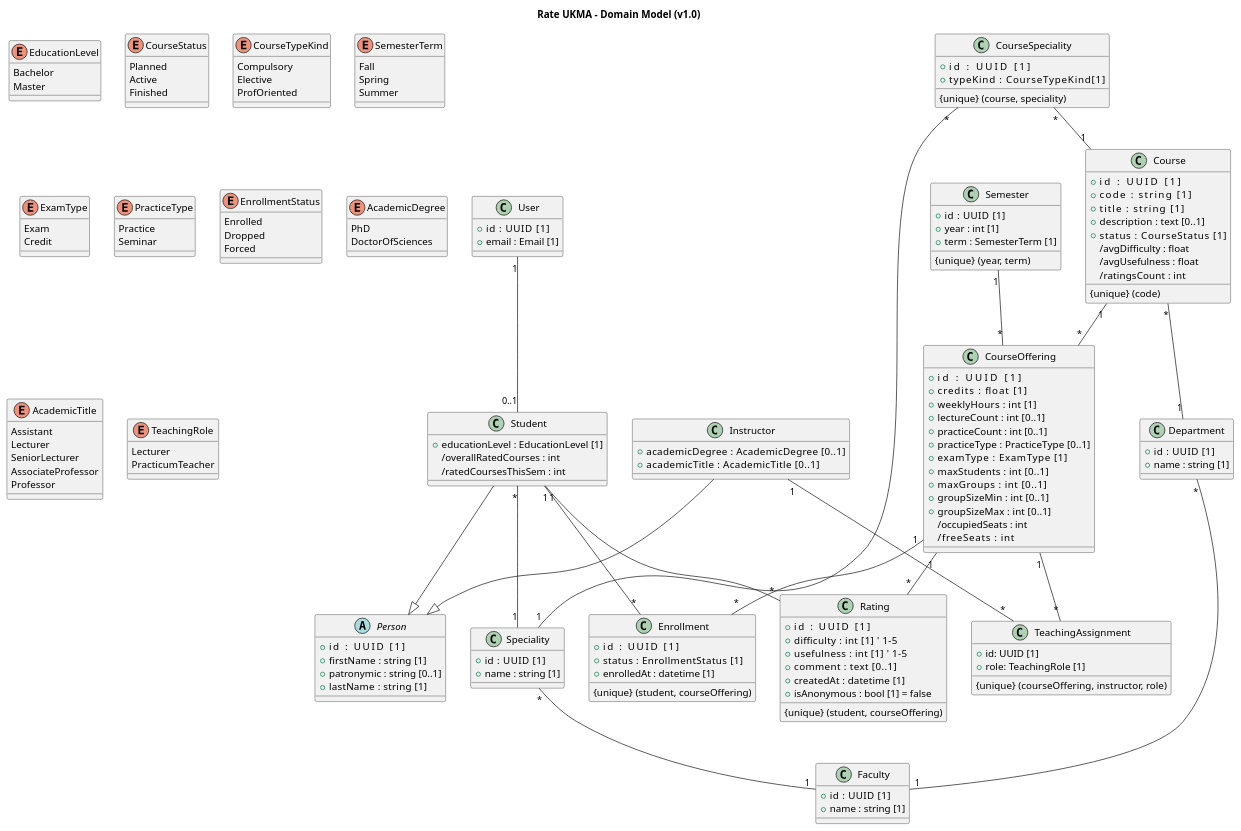
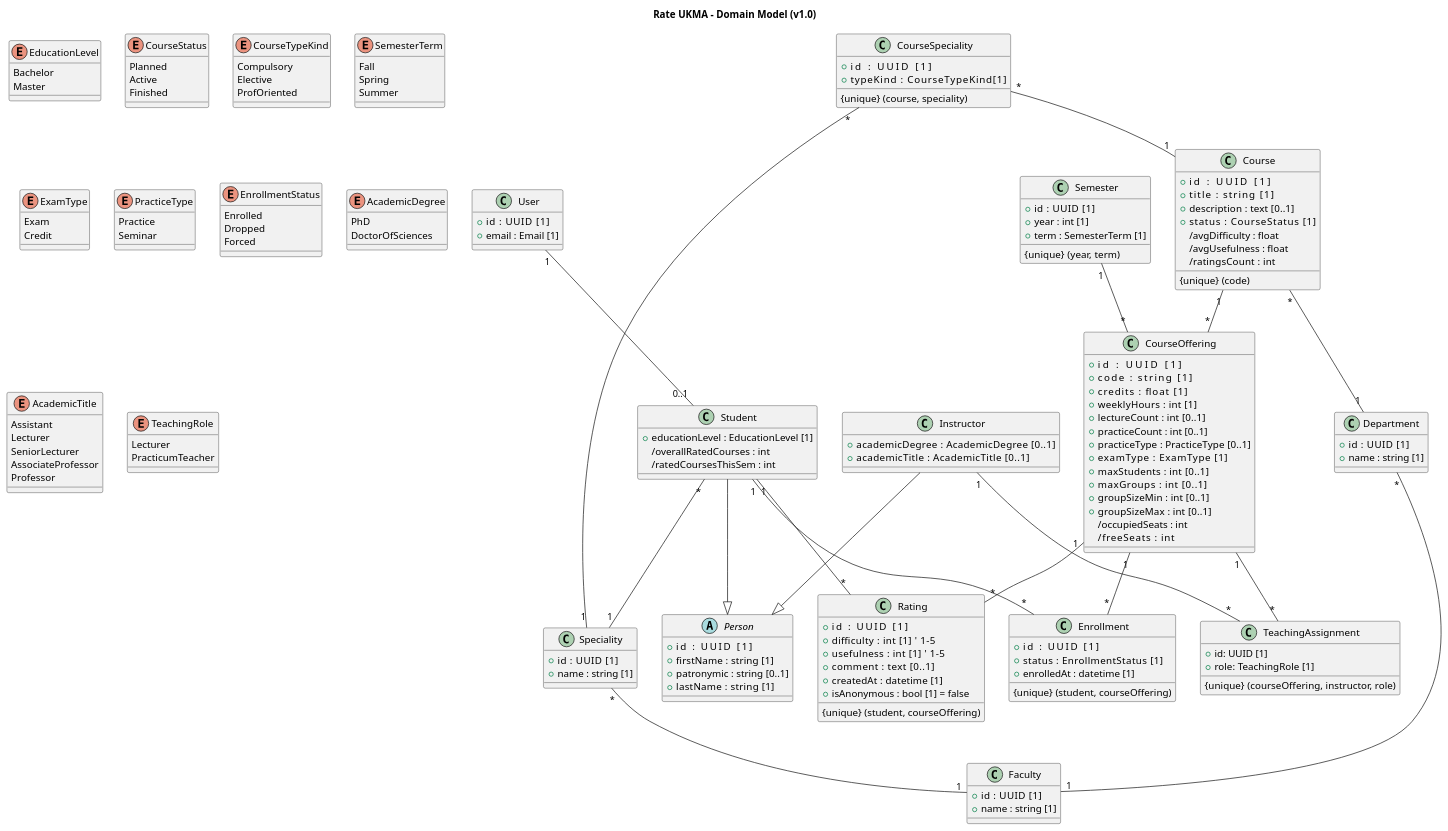
The diagram in docs/architecture/uml/domain-model.puml (ukma-cs-ssdm-2025/rate-ukma), drawn with PlantUML before and after one commit.

Commit message:
docs(#86): move university code to CourseOffering

```diff
--- a/docs/architecture/uml/domain-model.puml
+++ b/docs/architecture/uml/domain-model.puml
@@ -1,181 +1,181 @@
 @startuml core-domain-model
 title Rate UKMA – Domain Model (v1.0)
 
 class User {
   +id    : UUID [1]
   +email : Email [1]
 }
 
 abstract class Person {
   +id         : UUID [1]
   +firstName  : string [1]
   +patronymic : string [0..1]
   +lastName   : string [1]
 }
 
 class Student {
   +educationLevel : EducationLevel [1]
   /overallRatedCourses : int
   /ratedCoursesThisSem : int
 }
 User "1" -- "0..1" Student
 Student "*" -- "1" Speciality
 Student --|> Person
 
 class Instructor {
   +academicDegree     : AcademicDegree [0..1]
   +academicTitle      : AcademicTitle [0..1]
 }
 Instructor --|> Person
 
 class Faculty {
   +id   : UUID [1]
   +name : string [1]
 }
 
 class Department {
   +id   : UUID [1]
   +name : string [1]
 }
 Department "*" -- "1" Faculty
 
 class Speciality {
   +id   : UUID [1]
   +name : string [1]
 }
 Speciality "*" -- "1" Faculty
 
 class Course {
   +id           : UUID [1]
-  +code         : string [1]
   +title        : string [1]
   +description  : text [0..1]
   +status       : CourseStatus [1]
   /avgDifficulty : float
   /avgUsefulness : float
   /ratingsCount  : int
   {unique} (code)
 }
 Course "*" -- "1" Department
 
 class CourseSpeciality {
   +id           : UUID [1]
   +typeKind         : CourseTypeKind[1]
   {unique} (course, speciality)
 }
 CourseSpeciality "*" -- "1" Course
 CourseSpeciality "*" -- "1" Speciality
 
 class Semester {
   +id   : UUID [1]
   +year : int [1]
   +term : SemesterTerm [1]
   {unique} (year, term)
 }
 
 class CourseOffering {
   +id            : UUID [1]
+  +code          : string [1]
   +credits       : float [1]
   +weeklyHours   : int [1]
   +lectureCount  : int [0..1]
   +practiceCount : int [0..1]
   +practiceType  : PracticeType [0..1]
   +examType      : ExamType [1]
   +maxStudents   : int [0..1]
   +maxGroups     : int [0..1]
   +groupSizeMin  : int [0..1]
   +groupSizeMax  : int [0..1]
   /occupiedSeats : int
   /freeSeats     : int
 }
 Course "1"   -- "*" CourseOffering
 Semester "1" -- "*" CourseOffering
 
 class TeachingAssignment {
   +id: UUID [1]
   +role: TeachingRole [1]
   {unique} (courseOffering, instructor, role)
 }
 CourseOffering "1" -- "*" TeachingAssignment
 Instructor "1" -- "*" TeachingAssignment
 
 
 class Enrollment {
   +id         : UUID [1]
   +status     : EnrollmentStatus [1]
   +enrolledAt : datetime [1]
   {unique} (student, courseOffering)
 }
 Student "1"        -- "*" Enrollment
 CourseOffering "1" -- "*" Enrollment
 
 class Rating {
   +id         : UUID [1]
   +difficulty : int [1]    ' 1–5
   +usefulness : int [1]    ' 1–5
   +comment    : text [0..1]
   +createdAt  : datetime [1]
   +isAnonymous : bool [1] = false
   {unique} (student, courseOffering)
 }
 Student "1" -- "*" Rating
 CourseOffering  "1" -- "*" Rating
 
 enum EducationLevel {
   Bachelor
   Master
 }
 
 enum CourseStatus {
   Planned
   Active
   Finished
 }
 
 enum CourseTypeKind {
   Compulsory
   Elective
   ProfOriented
 }
 
 enum SemesterTerm {
   Fall
   Spring
   Summer
 }
 
 enum ExamType {
   Exam
   Credit
 }
 
 enum PracticeType {
   Practice
   Seminar
 }
 
 enum EnrollmentStatus {
   Enrolled
   Dropped
   Forced
 }
 
 enum AcademicDegree {
   PhD
   DoctorOfSciences
 }
 
 enum AcademicTitle {
   Assistant
   Lecturer
   SeniorLecturer
   AssociateProfessor   
   Professor            
 }
 
 enum TeachingRole {
   Lecturer
   PracticumTeacher
 }
 
 @enduml
```
